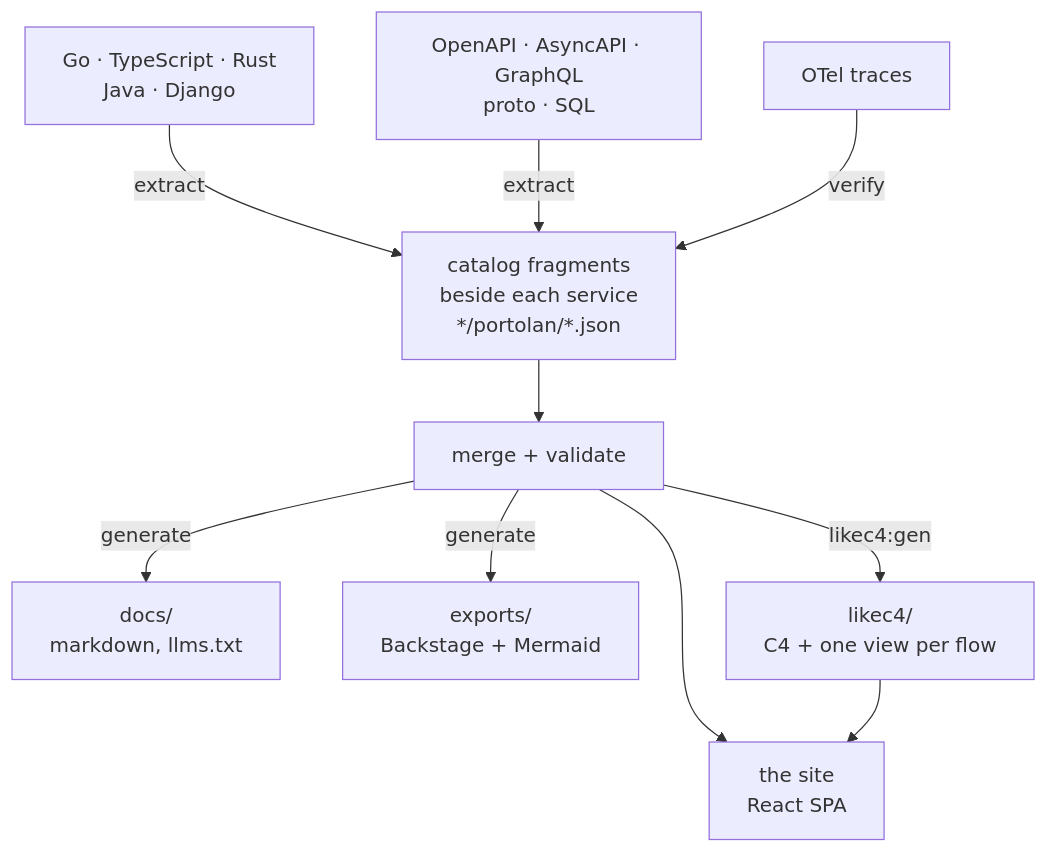
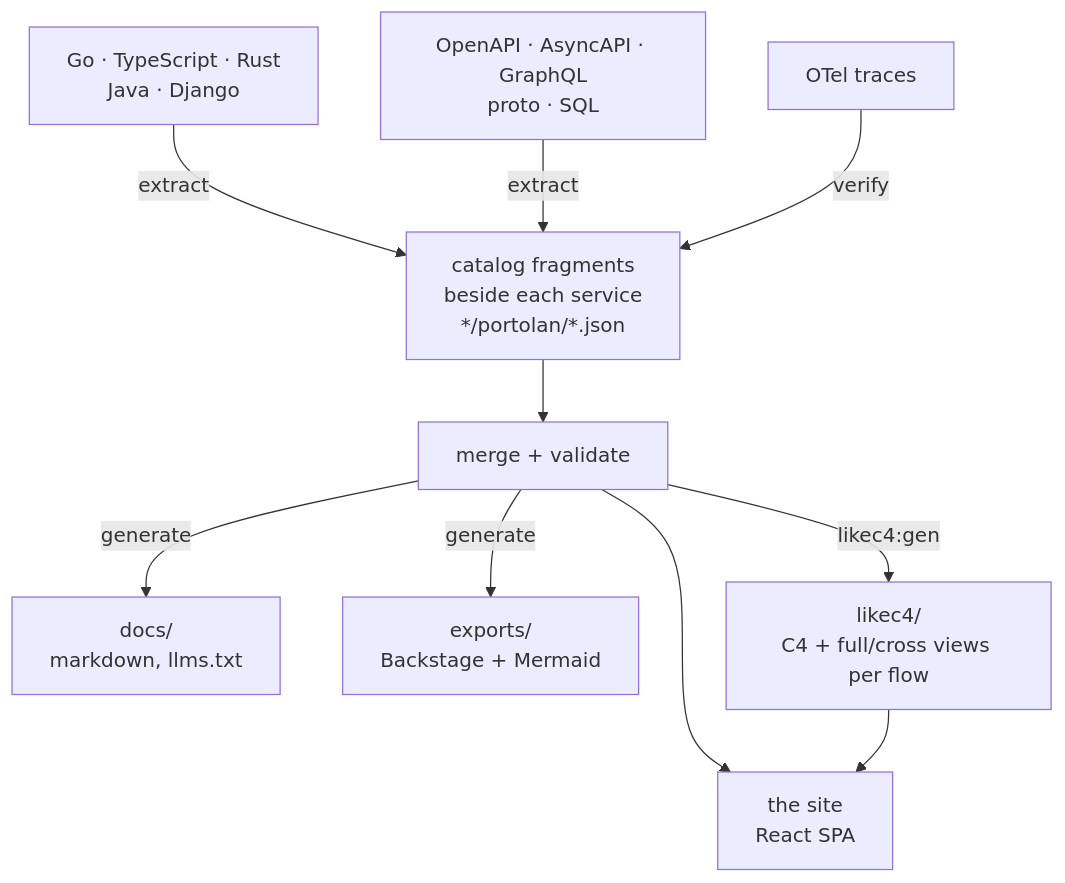
One commit to shortlink-org/portolan changed the diagram in README.md. Above: the diagram before and after it, drawn with Mermaid. The commit also changed other lines of this file and 107 other files, not shown here.

Commit message:
feat: strengthen flow modeling and quality checks

````diff
--- a/README.md
+++ b/README.md
@@ -45,21 +45,21 @@
 ```mermaid
 flowchart TB
   code["Go · TypeScript · Rust<br/>Java · Django"]
   specs["OpenAPI · AsyncAPI · GraphQL<br/>proto · SQL"]
   traces["OTel traces"]
   frag["catalog fragments<br/>beside each service<br/>*/portolan/*.json"]
   merged["merge + validate"]
   site["the site<br/>React SPA"]
   docs["docs/<br/>markdown, llms.txt"]
   exports["exports/<br/>Backstage + Mermaid"]
-  c4["likec4/<br/>C4 + one view per flow"]
+  c4["likec4/<br/>C4 + full/cross views per flow"]
 
   code -- extract --> frag
   specs -- extract --> frag
   traces -- verify --> frag
   frag --> merged
   merged --> site
   merged -- generate --> docs
   merged -- generate --> exports
   merged -- likec4:gen --> c4 --> site
 ```
````
